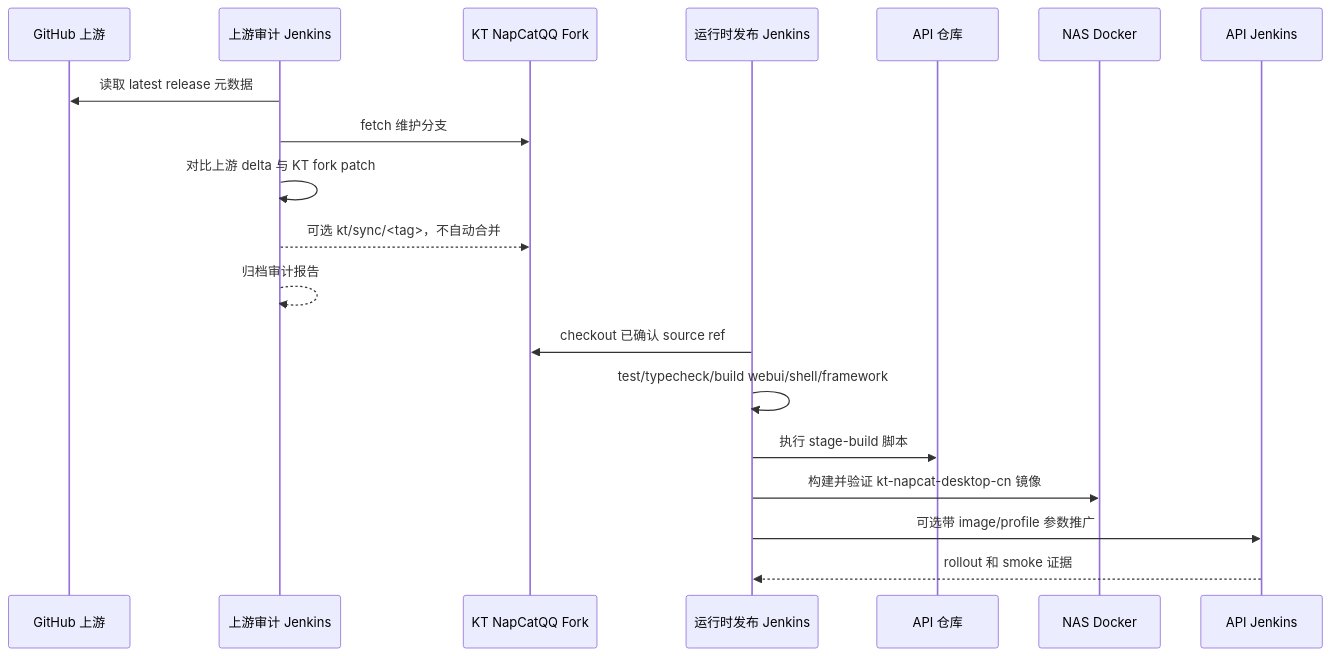
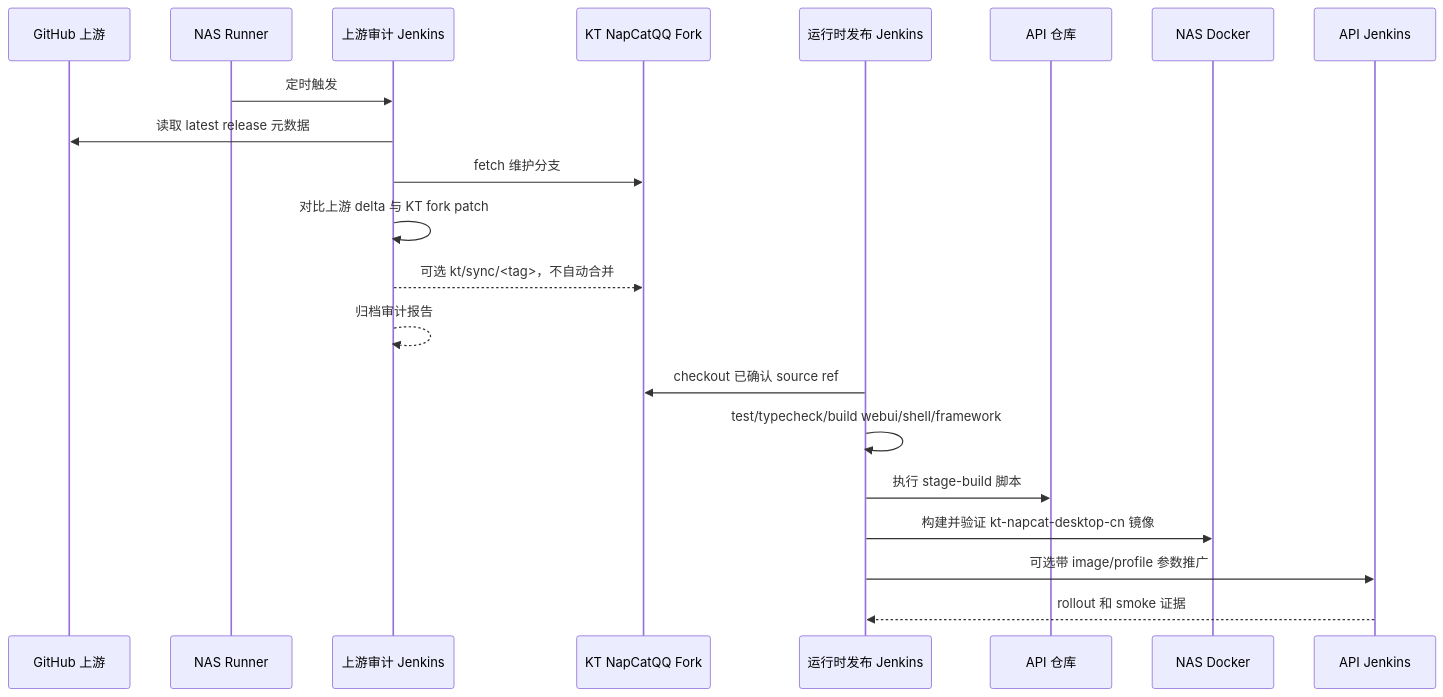
One commit to KwiTsukasa/kt-template-online-api changed the second of 2 diagrams in docs/superpowers/specs/2026-06-24-napcatqq-upstream-sync-runtime-release-pipeline-design.zh-CN.md. Above: the diagram before and after it, drawn with Mermaid. The commit also changed other lines of this file and 1 other file, not shown here.

````diff
--- a/docs/superpowers/specs/2026-06-24-napcatqq-upstream-sync-runtime-release-pipeline-design.zh-CN.md
+++ b/docs/superpowers/specs/2026-06-24-napcatqq-upstream-sync-runtime-release-pipeline-design.zh-CN.md
@@ -345,22 +405,24 @@
 ```mermaid
 sequenceDiagram
   participant Upstream as GitHub 上游
+  participant Nas as NAS Runner
   participant Sync as 上游审计 Jenkins
   participant Fork as KT NapCatQQ Fork
   participant Release as 运行时发布 Jenkins
   participant ApiRepo as API 仓库
   participant Docker as NAS Docker
   participant ApiDeploy as API Jenkins
 
+  Nas->>Sync: 定时触发
   Sync->>Upstream: 读取 latest release 元数据
   Sync->>Fork: fetch 维护分支
   Sync->>Sync: 对比上游 delta 与 KT fork patch
   Sync-->>Fork: 可选 kt/sync/<tag>，不自动合并
   Sync-->>Sync: 归档审计报告
   Release->>Fork: checkout 已确认 source ref
   Release->>Release: test/typecheck/build webui/shell/framework
   Release->>ApiRepo: 执行 stage-build 脚本
   Release->>Docker: 构建并验证 kt-napcat-desktop-cn 镜像
   Release->>ApiDeploy: 可选带 image/profile 参数推广
   ApiDeploy-->>Release: rollout 和 smoke 证据
 ```
````
